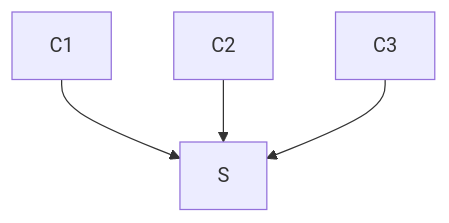
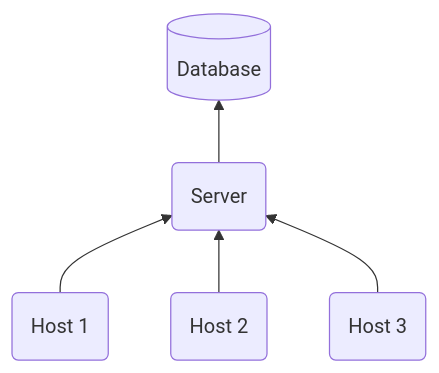
Before and after one commit to larsewi/leech: the first of 2 diagrams in README.md, drawn with Mermaid. The commit also changed other lines of this file, not shown here.

````diff
--- a/README.md
+++ b/README.md
@@ -5,6 +13,8 @@
 ```mermaid
-    graph TD;
-            C1-->S;
-            C2-->S;
-            C3-->S;
+graph BT;
+    DB[(Database)];
+    S(Server)-->DB;
+    H1(Host 1)-->S;
+    H2(Host 2)-->S;
+    H3(Host 3)-->S;
 ```
````
